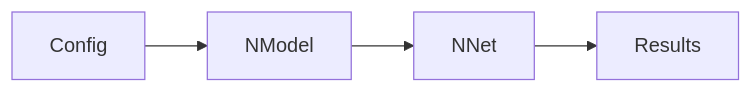
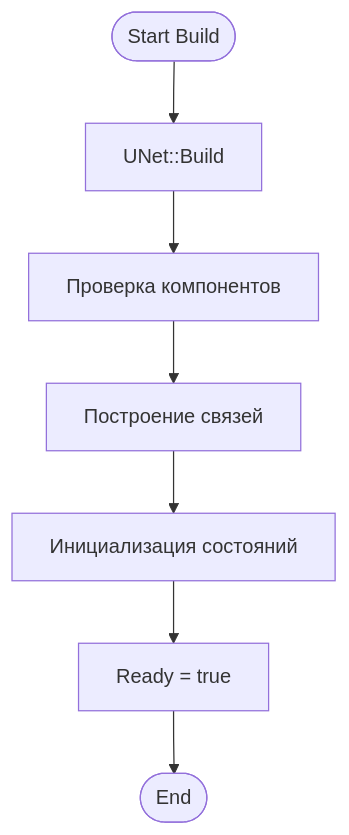
One commit to aicommunity/Nmsdk-PulseLib changed the fourth of 10 diagrams in Docs/Components/NModel.md. Above: the diagram before and after it, drawn with Mermaid. The commit also changed other lines of this file and 196 other files, not shown here.

````diff
--- a/Docs/Components/NModel.md
+++ b/Docs/Components/NModel.md
@@ -39,6 +99,9 @@
 ```mermaid
-flowchart LR
-    cfg[Config] --> m[NModel]
-    m --> net[NNet]
-    net --> out[Results]
+flowchart TD
+    Start([Start Build]) --> CallBaseBuild[UNet::Build]
+    CallBaseBuild --> ValidateComponents[Проверка компонентов]
+    ValidateComponents --> BuildConnections[Построение связей]
+    BuildConnections --> InitializeStates[Инициализация состояний]
+    InitializeStates --> SetReady[Ready = true]
+    SetReady --> End([End])
 ```
````
